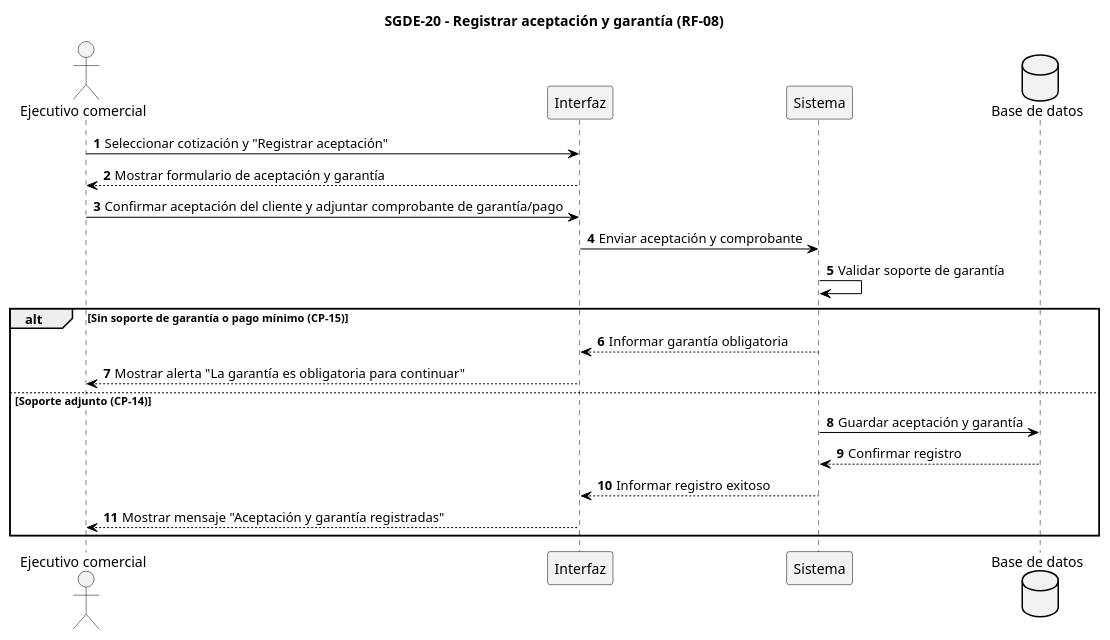
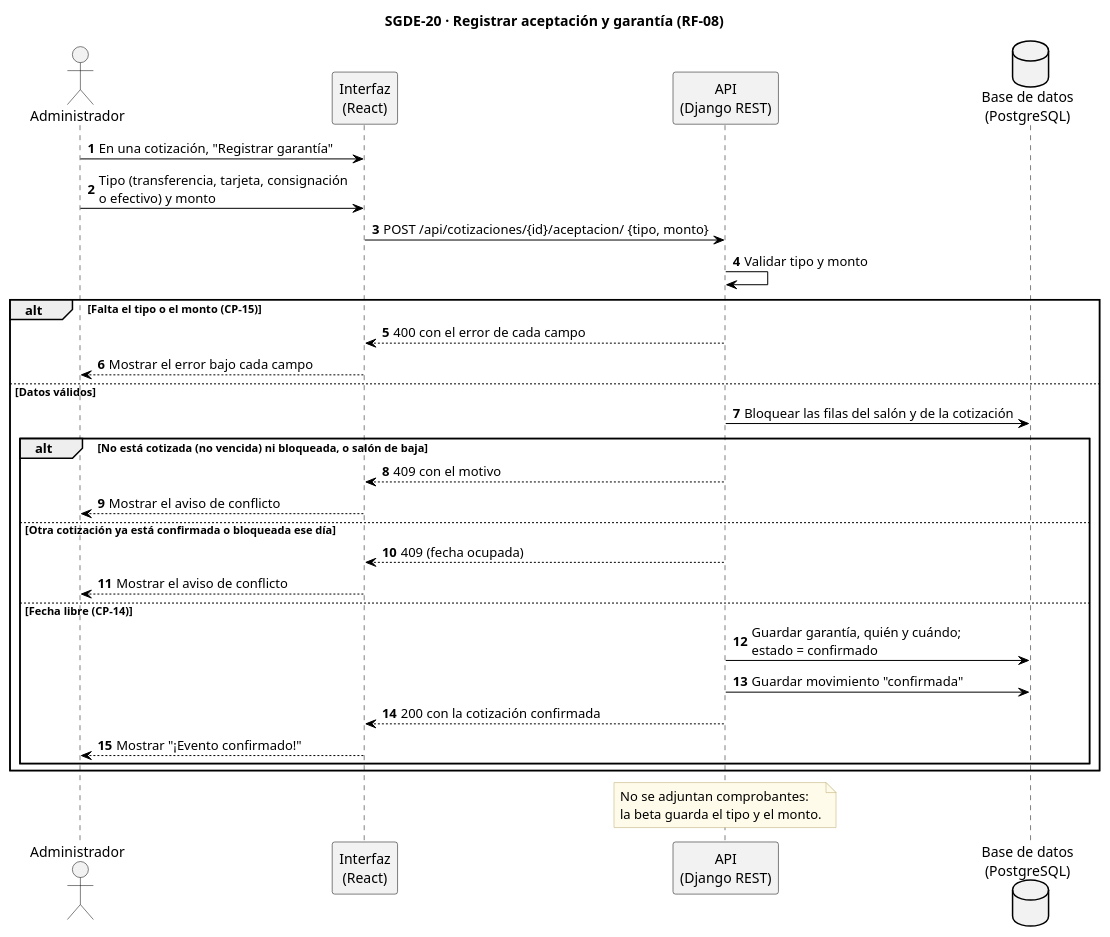
Before and after one commit to AndreCamx2/Gestion-De-Eventos: the diagram in docs/diagramas_secuencia_sgde_v3/SGDE-20_Registrar_aceptacion_garantia_secuencia.puml, drawn with PlantUML. The commit also changed 172 other files, not shown here.

First line of the commit message:
docs(diagramas): alinear los diagramas con el sistema construido

```diff
--- a/docs/diagramas_secuencia_sgde_v3/SGDE-20_Registrar_aceptacion_garantia_secuencia.puml
+++ b/docs/diagramas_secuencia_sgde_v3/SGDE-20_Registrar_aceptacion_garantia_secuencia.puml
@@ -1,38 +1,53 @@
 @startuml SGDE-20_Registrar_aceptacion_garantia_secuencia
-title SGDE-20 - Registrar aceptación y garantía (RF-08)
+title SGDE-20 · Registrar aceptación y garantía (RF-08)
 skinparam backgroundColor white
 skinparam sequence {
   ArrowColor black
   LifeLineBorderColor black
   ParticipantBorderColor black
   ParticipantBackgroundColor #F2F2F2
   ActorBorderColor black
   ActorBackgroundColor #F2F2F2
 }
 skinparam database {
   BackgroundColor #F2F2F2
   BorderColor black
 }
+skinparam note {
+  BackgroundColor #FFFBEA
+  BorderColor #B8A86B
+}
 autonumber
 
-actor "Ejecutivo comercial" as EC
-participant "Interfaz" as UI
-participant "Sistema" as SI
-database "Base de datos" as BD
+actor "Administrador" as AD
+participant "Interfaz\n(React)" as UI
+participant "API\n(Django REST)" as SI
+database "Base de datos\n(PostgreSQL)" as BD
 
-EC -> UI : Seleccionar cotización y "Registrar aceptación"
-UI --> EC : Mostrar formulario de aceptación y garantía
-EC -> UI : Confirmar aceptación del cliente y adjuntar comprobante de garantía/pago
-UI -> SI : Enviar aceptación y comprobante
-SI -> SI : Validar soporte de garantía
-
-alt Sin soporte de garantía o pago mínimo (CP-15)
-  SI --> UI : Informar garantía obligatoria
-  UI --> EC : Mostrar alerta "La garantía es obligatoria para continuar"
-else Soporte adjunto (CP-14)
-  SI -> BD : Guardar aceptación y garantía
-  BD --> SI : Confirmar registro
-  SI --> UI : Informar registro exitoso
-  UI --> EC : Mostrar mensaje "Aceptación y garantía registradas"
+AD -> UI : En una cotización, "Registrar garantía"
+AD -> UI : Tipo (transferencia, tarjeta, consignación\no efectivo) y monto
+UI -> SI : POST /api/cotizaciones/{id}/aceptacion/ {tipo, monto}
+SI -> SI : Validar tipo y monto
+alt Falta el tipo o el monto (CP-15)
+  SI --> UI : 400 con el error de cada campo
+  UI --> AD : Mostrar el error bajo cada campo
+else Datos válidos
+  SI -> BD : Bloquear las filas del salón y de la cotización
+  alt No está cotizada (no vencida) ni bloqueada, o salón de baja
+    SI --> UI : 409 con el motivo
+    UI --> AD : Mostrar el aviso de conflicto
+  else Otra cotización ya está confirmada o bloqueada ese día
+    SI --> UI : 409 (fecha ocupada)
+    UI --> AD : Mostrar el aviso de conflicto
+  else Fecha libre (CP-14)
+    SI -> BD : Guardar garantía, quién y cuándo;\nestado = confirmado
+    SI -> BD : Guardar movimiento "confirmada"
+    SI --> UI : 200 con la cotización confirmada
+    UI --> AD : Mostrar "¡Evento confirmado!"
+  end
 end
+note over SI
+  No se adjuntan comprobantes:
+  la beta guarda el tipo y el monto.
+end note
 @enduml
```
